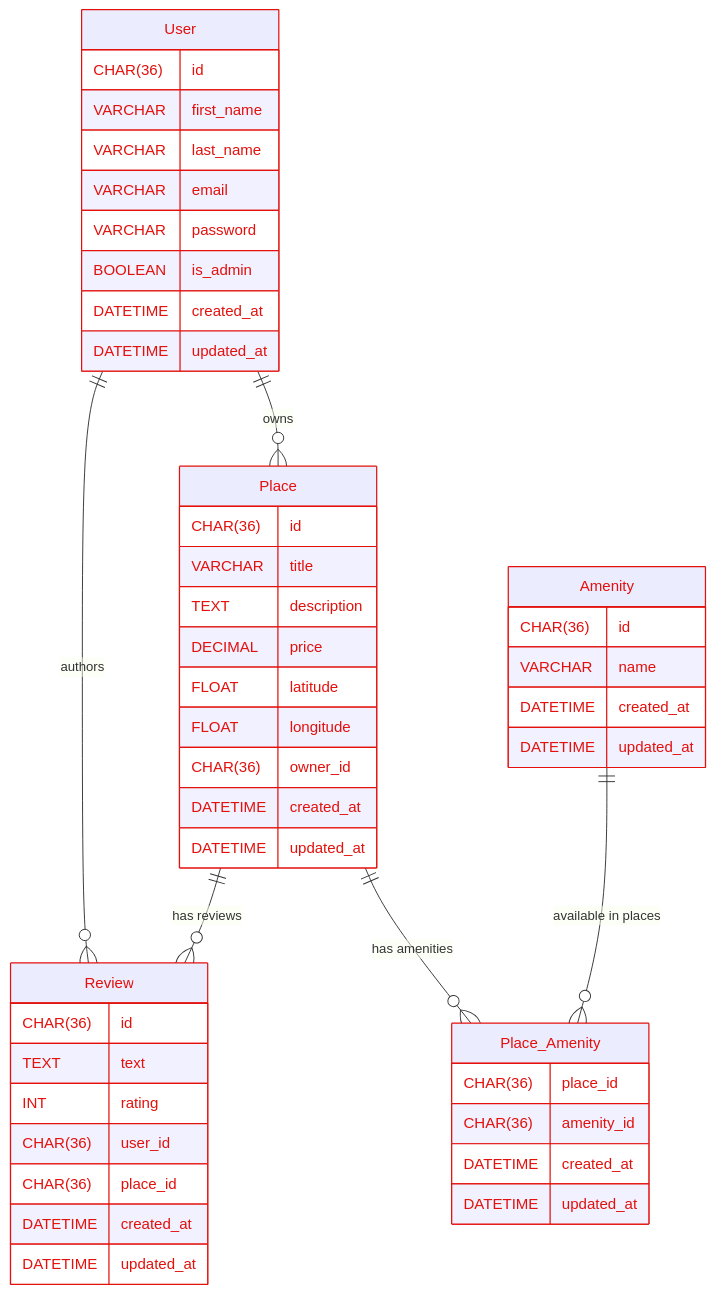
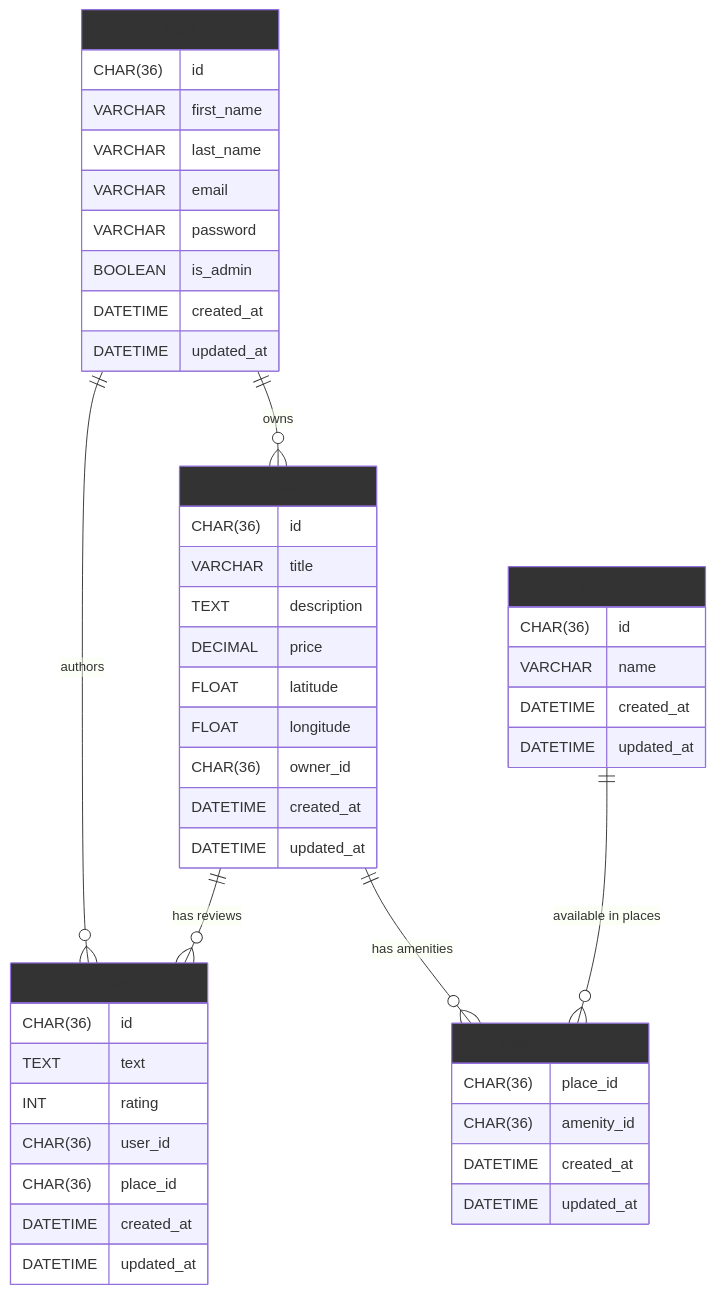
One commit to Abder-hbt/holbertonschool-hbnb changed the diagram in part3/Er_Digram.mmd. Above: the diagram before and after it, drawn with Mermaid.

```diff
--- a/part3/Er_Digram.mmd
+++ b/part3/Er_Digram.mmd
@@ -1,56 +1,56 @@
 erDiagram
 
     User ||--o{ Place : owns
     User ||--o{ Review : authors
     Place ||--o{ Review : "has reviews"
     Place ||--o{ Place_Amenity : "has amenities"
     Amenity ||--o{ Place_Amenity : "available in places"
 
     User {
         CHAR(36) id
         VARCHAR first_name
         VARCHAR last_name
         VARCHAR email
         VARCHAR password
         BOOLEAN is_admin
         DATETIME created_at
         DATETIME updated_at
     }
     Place {
         CHAR(36) id
         VARCHAR title
         TEXT description
         DECIMAL price
         FLOAT latitude
         FLOAT longitude
         CHAR(36) owner_id
         DATETIME created_at
         DATETIME updated_at
     }
     Review {
         CHAR(36) id
         TEXT text
         INT rating
         CHAR(36) user_id
         CHAR(36) place_id
         DATETIME created_at
         DATETIME updated_at
     }
     Amenity {
         CHAR(36) id
         VARCHAR name
         DATETIME created_at
         DATETIME updated_at
     }
     Place_Amenity {
         CHAR(36) place_id
         CHAR(36) amenity_id
         DATETIME created_at
         DATETIME updated_at
     }
 
-    style User fill:,stroke:#E3100C,color:#E3100C
-    style Place fill:,stroke:#E3100C,color:#E3100C
-    style Review fill:,stroke:#E3100C,color:#E3100C
-    style Amenity fill:,stroke:#E3100C,color:#E3100C
-    style Place_Amenity fill:,stroke:#E3100C,color:#E3100C
+    style User fill:color:#E3100C
+    style Place fill:color:#E3100C
+    style Review fill:color:#E3100C
+    style Amenity fill:color:#E3100C
+    style Place_Amenity fill:color:#E3100C
```
